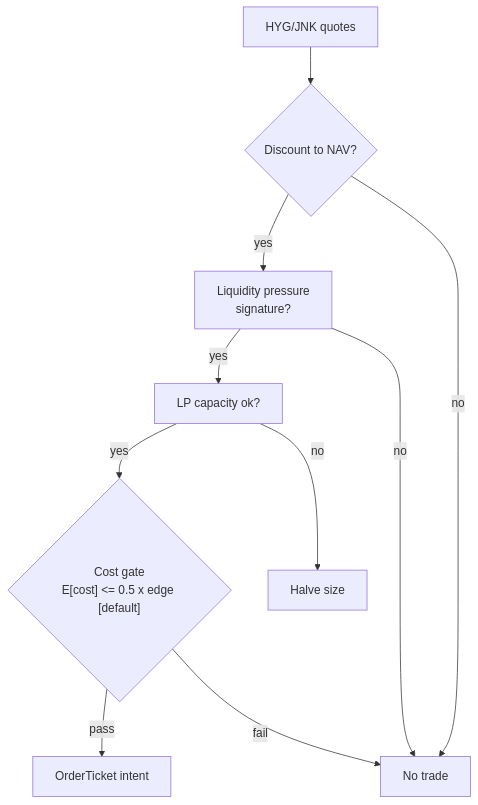
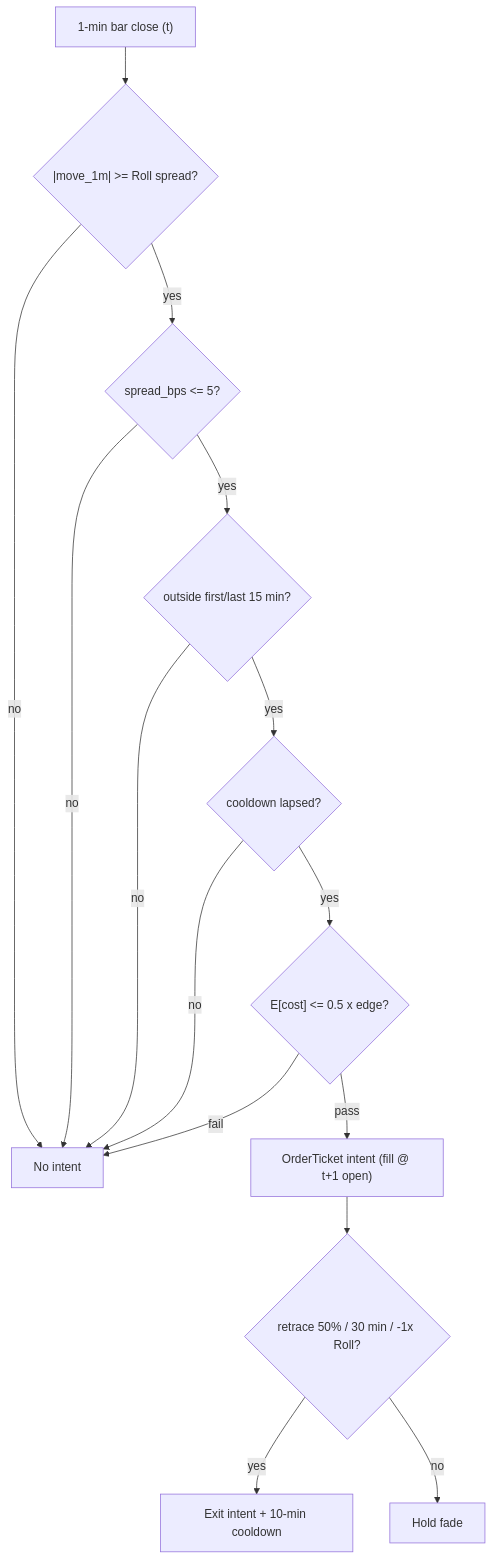
The diagram in modules/strategies/T097.md (praveenguptahcl/quant-signals-deep), drawn with Mermaid before and after one commit. The commit also changed other lines of this file and 275 other files, not shown here.

````diff
--- a/modules/strategies/T097.md
+++ b/modules/strategies/T097.md
@@ -523,12 +761,17 @@
 ```mermaid
 flowchart TD
-    HYG["HYG/JNK quotes"] --> DISC{"Discount to NAV?"} 
-    DISC -->|yes| PRES["Liquidity pressure\nsignature?"]
-    DISC -->|no| DROP["No trade"]
-    PRES -->|yes| CAP["LP capacity ok?"]
-    PRES -->|no| DROP
-    CAP -->|yes| COST{"Cost gate\nE[cost] <= 0.5 x edge [default]"}
-    CAP -->|no| HALF["Halve size"]
-    COST -->|pass| OUT["OrderTicket intent"]
+    BAR["1-min bar close (t)"] --> MOVE{"|move_1m| >= Roll spread?"}
+    MOVE -->|yes| SPRD{"spread_bps <= 5?"}
+    MOVE -->|no| DROP["No intent"]
+    SPRD -->|yes| TIME{"outside first/last 15 min?"}
+    SPRD -->|no| DROP
+    TIME -->|yes| COOL{"cooldown lapsed?"}
+    TIME -->|no| DROP
+    COOL -->|yes| COST{"E[cost] <= 0.5 x edge?"}
+    COOL -->|no| DROP
+    COST -->|pass| OUT["OrderTicket intent (fill @ t+1 open)"]
     COST -->|fail| DROP
+    OUT --> EXITS{"retrace 50% / 30 min / -1x Roll?"}
+    EXITS -->|yes| XOUT["Exit intent + 10-min cooldown"]
+    EXITS -->|no| HOLD["Hold fade"]
 ```
````
